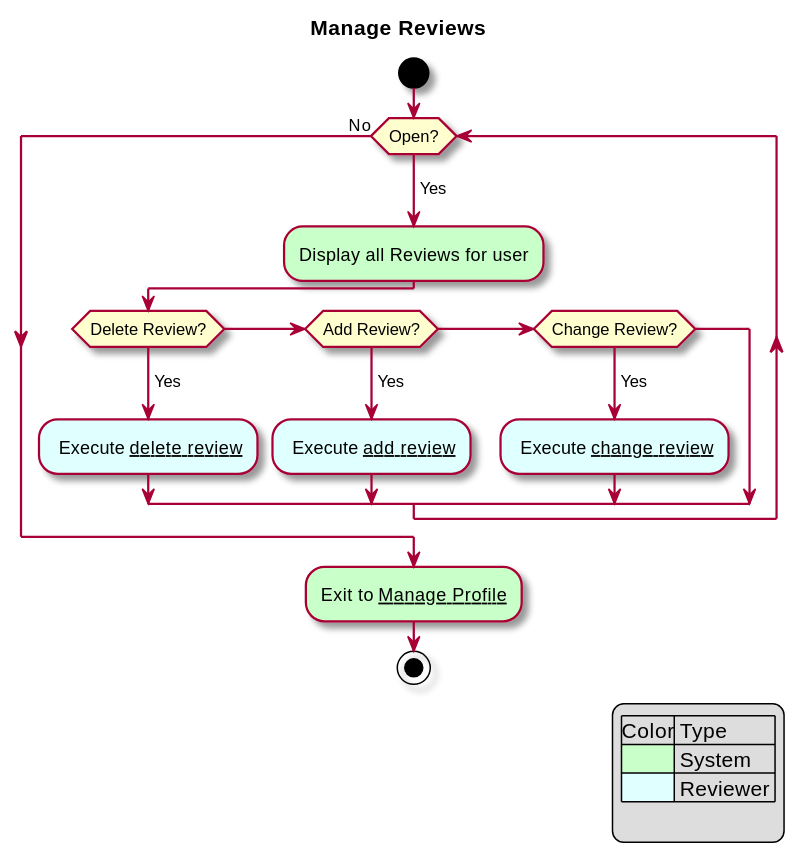
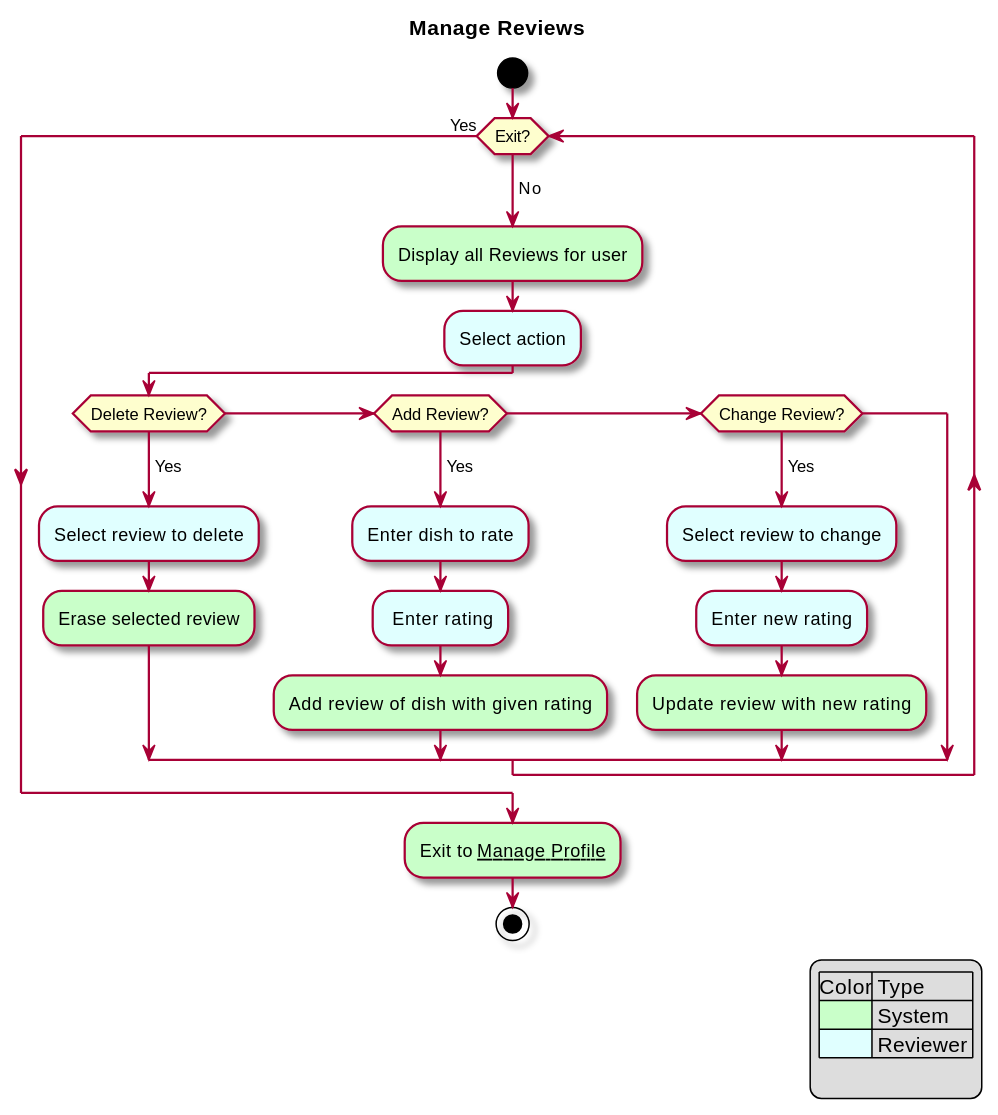
The diagram in intellij/doc/use-cases/manage-reviews.md (sashap100/Vassar-Dining-App), drawn with PlantUML before and after one commit. The commit also changed other lines of this file and 2 other files, not shown here.

Commit message:
Updated all use cases to fully dressed

````diff
--- a/intellij/doc/use-cases/manage-reviews.md
+++ b/intellij/doc/use-cases/manage-reviews.md
@@ -24,26 +23,32 @@
 ```plantuml
 @startuml
 
 skin rose
 title Manage Reviews
 legend right
     |Color| Type |
     |<#technology>| System |
     |<#LightCyan>| Reviewer |
     
 endlegend
 start
-while (Open?) is (\nYes)
+while (Exit?) is (\nNo)
 #technology:Display all Reviews for user;
+#LightCyan:Select action;
 If (Delete Review?) then (\nYes)
-    #LightCyan: Execute __delete review__;
+    #LightCyan:Select review to delete;
+    #technology:Erase selected review;
 elseif (Add Review?) then (\nYes)
-     #LightCyan: Execute __add review__;
+    #LightCyan:Enter dish to rate;
+    #LightCyan: Enter rating;
+    #technology:Add review of dish with given rating;
 elseif (Change Review?) then (\nYes)
-     #LightCyan: Execute __change review__;
+     #LightCyan:Select review to change;
+     #LightCyan:Enter new rating;
+     #technology:Update review with new rating;
 endif
-endwhile (No)
+endwhile (Yes)
 #technology:Exit to __Manage Profile__;
 stop
 @enduml
 ```
````
